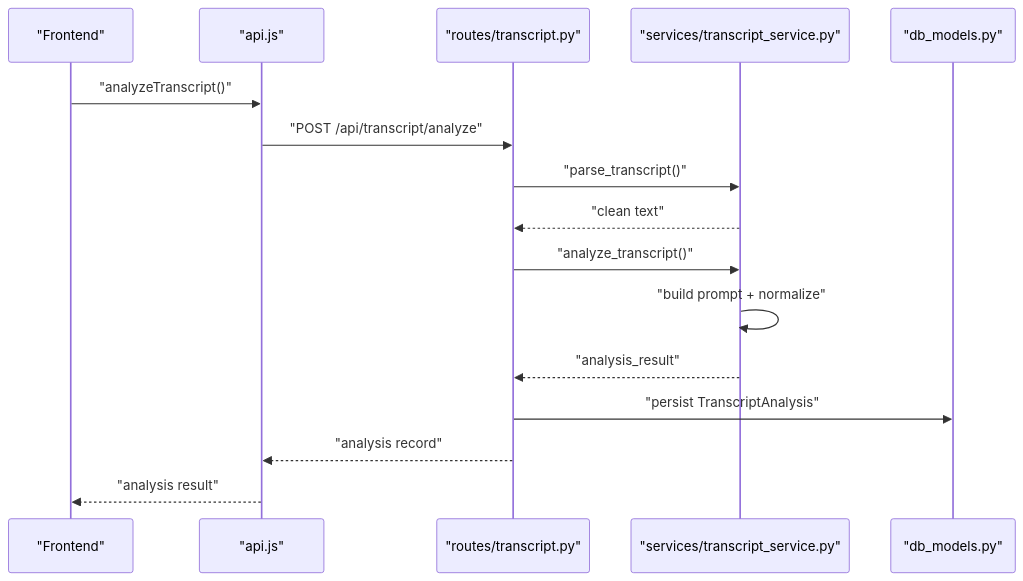
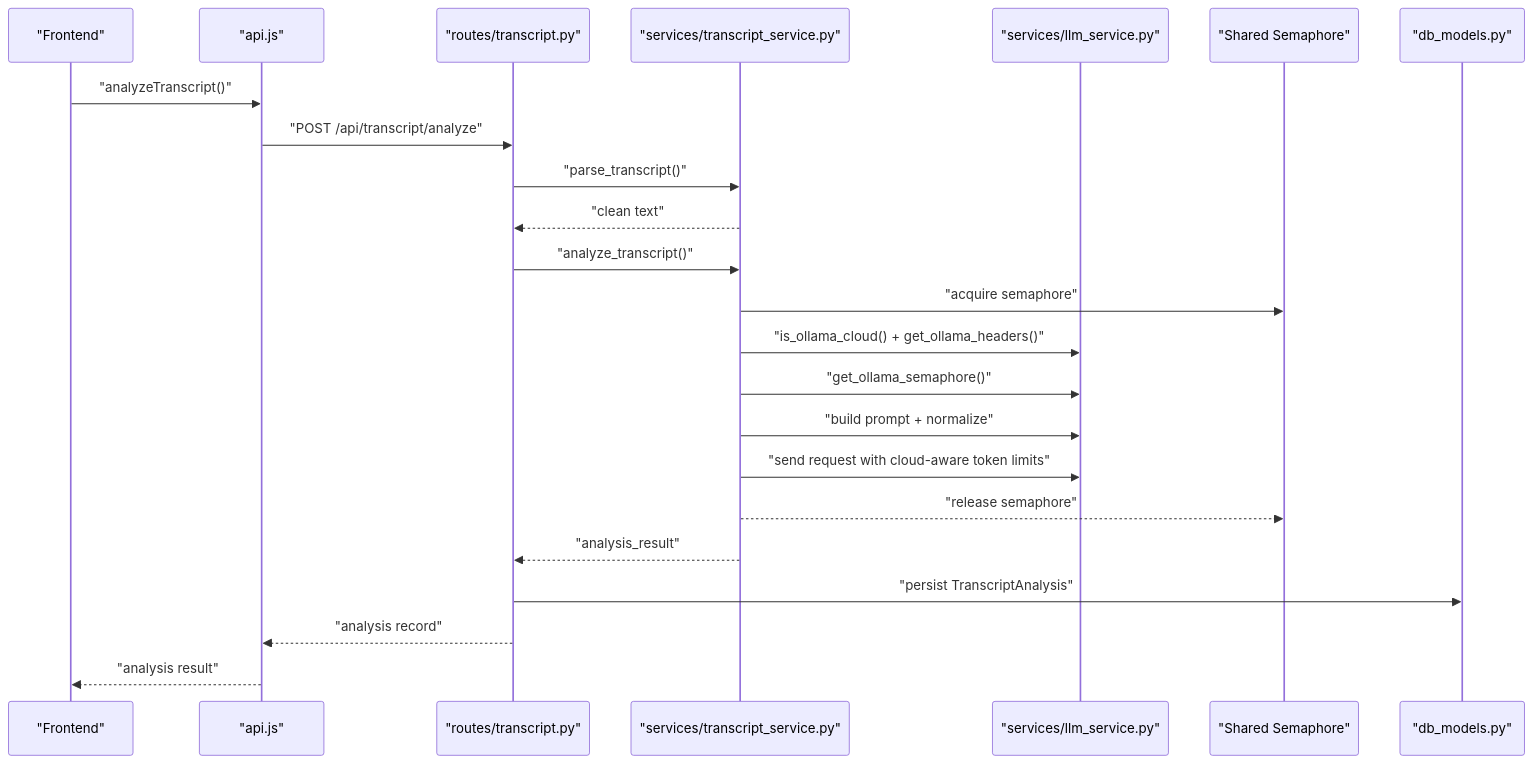
The second of 9 diagrams in .qoder/repowiki/en/content/Video Analysis/Transcript Generation.md (Revanththetalogics/aireume), drawn with Mermaid before and after one commit. The commit also changed other lines of this file and 6 other files, not shown here.

First line of the commit message:
fix: increase cloud token limits to 4096/4000 to prevent truncation

````diff
--- a/.qoder/repowiki/en/content/Video Analysis/Transcript Generation.md
+++ b/.qoder/repowiki/en/content/Video Analysis/Transcript Generation.md
@@ -107,18 +135,25 @@
 ```mermaid
 sequenceDiagram
 participant FE as "Frontend"
 participant API as "api.js"
 participant RT as "routes/transcript.py"
 participant ST as "services/transcript_service.py"
+participant LLM as "services/llm_service.py"
+participant SEM as "Shared Semaphore"
 participant DB as "db_models.py"
 FE->>API : "analyzeTranscript()"
 API->>RT : "POST /api/transcript/analyze"
 RT->>ST : "parse_transcript()"
 ST-->>RT : "clean text"
 RT->>ST : "analyze_transcript()"
-ST->>ST : "build prompt + normalize"
+ST->>SEM : "acquire semaphore"
+ST->>LLM : "is_ollama_cloud() + get_ollama_headers()"
+ST->>LLM : "get_ollama_semaphore()"
+ST->>LLM : "build prompt + normalize"
+ST->>LLM : "send request with cloud-aware token limits"
+ST-->>SEM : "release semaphore"
 ST-->>RT : "analysis_result"
 RT->>DB : "persist TranscriptAnalysis"
 RT-->>API : "analysis record"
 API-->>FE : "analysis result"
 ```
````
